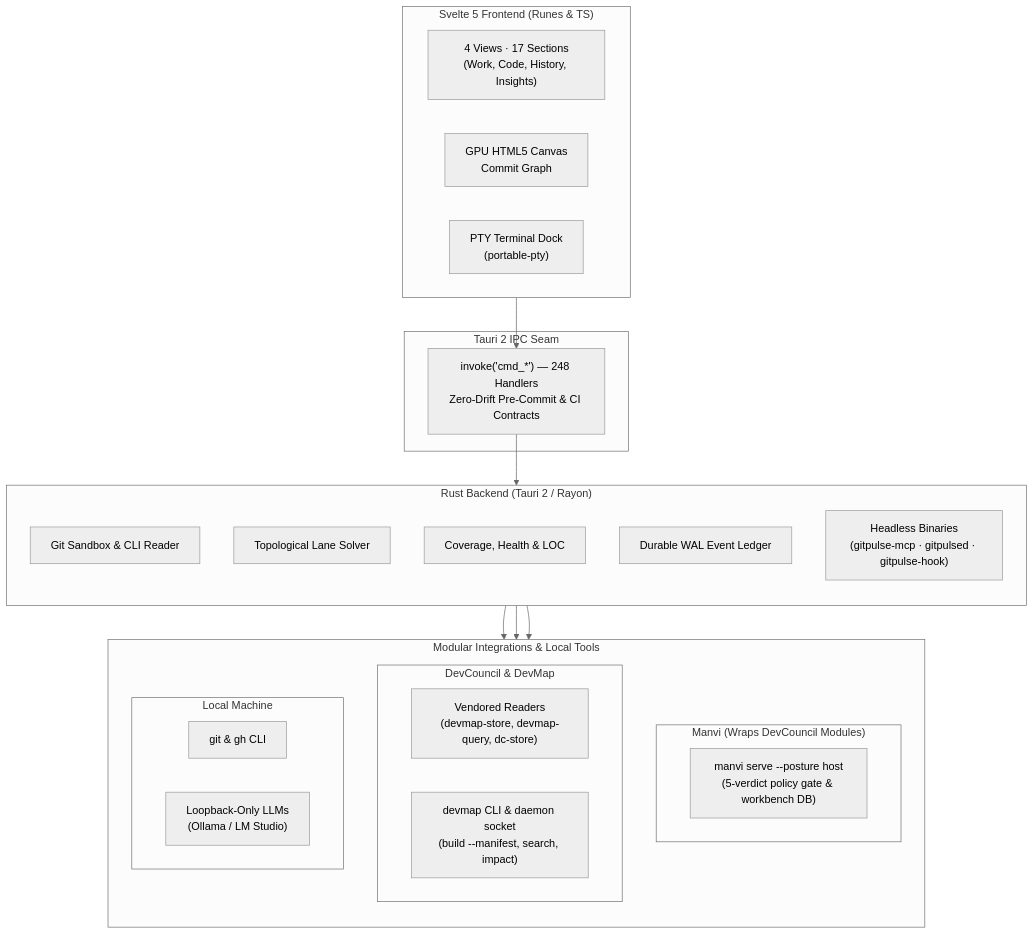
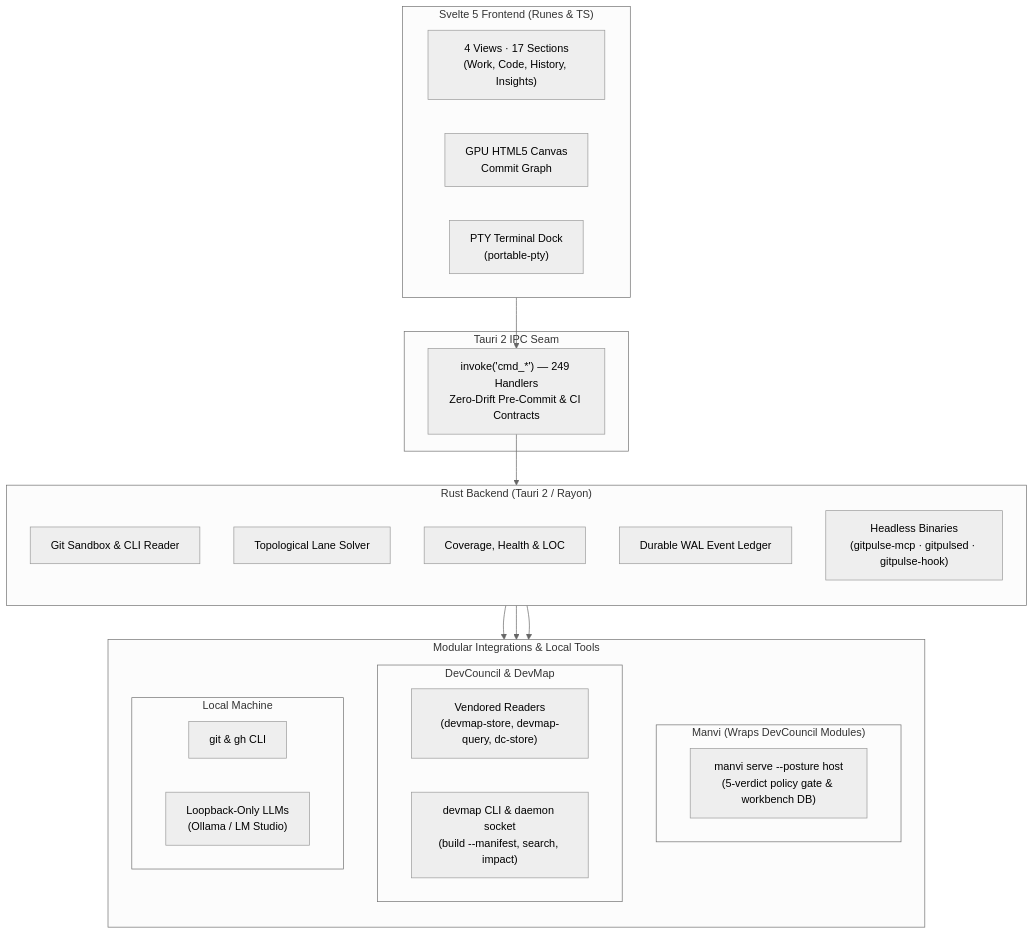
Before and after one commit to bharathvbcr/GitPulse: the diagram in README.md, drawn with Mermaid (neutral theme). The commit also changed 13 other files, not shown here.

````diff
--- a/README.md
+++ b/README.md
@@ -116,43 +116,43 @@
 ```mermaid
 flowchart TB
     subgraph Frontend["Svelte 5 Frontend (Runes & TS)"]
         direction LR
         Views["4 Views · 17 Sections<br/>(Work, Code, History, Insights)"]
         Canvas["GPU HTML5 Canvas<br/>Commit Graph"]
         TerminalDock["PTY Terminal Dock<br/>(portable-pty)"]
     end
 
     subgraph IPC["Tauri 2 IPC Seam"]
-        Bridge["invoke('cmd_*') — 248 Handlers<br/>Zero-Drift Pre-Commit & CI Contracts"]
+        Bridge["invoke('cmd_*') — 249 Handlers<br/>Zero-Drift Pre-Commit & CI Contracts"]
     end
 
     subgraph Backend["Rust Backend (Tauri 2 / Rayon)"]
         direction TB
         GitEngine["Git Sandbox & CLI Reader"]
         LaneSolver["Topological Lane Solver"]
         Analyzers["Coverage, Health & LOC"]
         Ledger["Durable WAL Event Ledger"]
         Headless["Headless Binaries<br/>(gitpulse-mcp · gitpulsed · gitpulse-hook)"]
     end
 
     subgraph Integrations["Modular Integrations & Local Tools"]
         direction TB
         subgraph ManviWrap["Manvi (Wraps DevCouncil Modules)"]
             ManviSidecar["manvi serve --posture host<br/>(5-verdict policy gate & workbench DB)"]
         end
         subgraph DevCouncilMods["DevCouncil & DevMap"]
             Vendored["Vendored Readers<br/>(devmap-store, devmap-query, dc-store)"]
             DevMapCLI["devmap CLI & daemon socket<br/>(build --manifest, search, impact)"]
         end
         subgraph LocalTools["Local Machine"]
             CLI["git & gh CLI"]
             LocalLLM["Loopback-Only LLMs<br/>(Ollama / LM Studio)"]
         end
     end
 
     Frontend --> Bridge
     Bridge --> Backend
     Backend --> ManviWrap
     Backend --> DevCouncilMods
     Backend --> LocalTools
 ```
````
